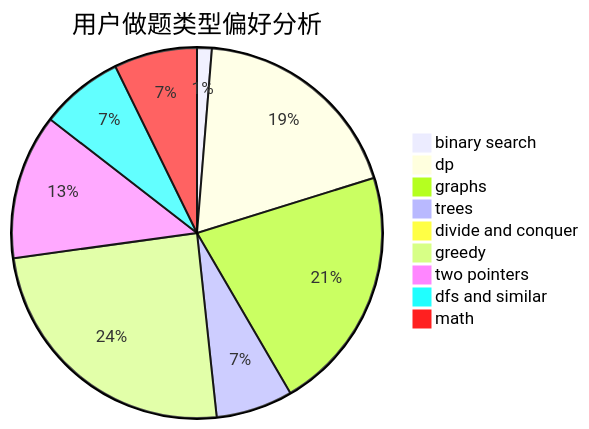
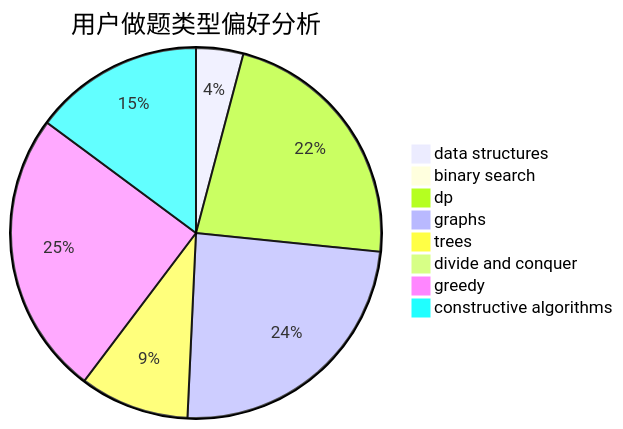
The second of 3 diagrams in docs/user/u1024.md (sherpahu/cfrs.github.io), drawn with Mermaid before and after one commit. The commit also changed other lines of this file and 2775 other files, not shown here.

````diff
--- a/docs/user/u1024.md
+++ b/docs/user/u1024.md
@@ -23,12 +23,11 @@
 ```mermaid
 pie title 用户做题类型偏好分析
-    "binary search" :  14
-    "dp" :  206
-    "graphs" :  233
-    "trees" :  73
-    "divide and conquer" :  10
-    "greedy" :  267
-    "two pointers" :  138
-    "dfs and similar" :  79
-    "math" :  79
+    "data structures" :  28
+    "binary search" :  3
+    "dp" :  153
+    "graphs" :  164
+    "trees" :  65
+    "divide and conquer" :  5
+    "greedy" :  169
+    "constructive algorithms" :  101
 ```
````
